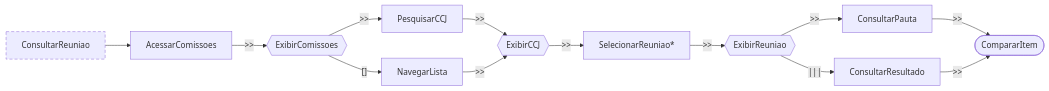
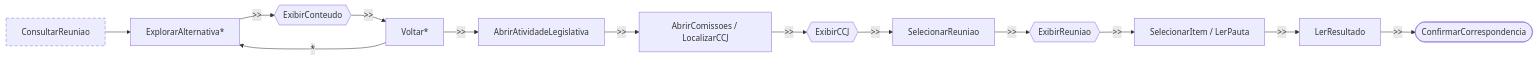
One commit to Interacao-Humano-Computador/2026.2-Grupo06 changed the second of 2 diagrams in docs/entrega-2/individual/luis/analise-tarefas.md. Above: the diagram before and after it, drawn with Mermaid. The commit also changed other lines of this file and 11 other files, not shown here.

````diff
--- a/docs/entrega-2/individual/luis/analise-tarefas.md
+++ b/docs/entrega-2/individual/luis/analise-tarefas.md
@@ -156,28 +167,29 @@
 ```mermaid
 flowchart LR
     T0["ConsultarReuniao"]
-    U1["AcessarComissoes"]
-    S1{{"ExibirComissoes"}}
-    U2["PesquisarCCJ"]
-    U3["NavegarLista"]
+    U1["ExplorarAlternativa*"]
+    S1{{"ExibirConteudo"}}
+    U2["Voltar*"]
+    U3["AbrirAtividadeLegislativa"]
+    U4["AbrirComissoes / LocalizarCCJ"]
     S2{{"ExibirCCJ"}}
-    U4["SelecionarReuniao*"]
+    U5["SelecionarReuniao"]
     S3{{"ExibirReuniao"}}
-    U5["ConsultarPauta"]
-    U6["ConsultarResultado"]
-    U7(["CompararItem"])
+    U6["SelecionarItem / LerPauta"]
+    U7["LerResultado"]
+    U8(["ConfirmarCorrespondencia"])
     T0 --> U1
     U1 -->|">>"| S1
     S1 -->|">>"| U2
-    S1 -->|"[]"| U3
-    U2 -->|">>"| S2
-    U3 -->|">>"| S2
-    S2 -->|">>"| U4
-    U4 -->|">>"| S3
-    S3 -->|">>"| U5
-    S3 -->|"|||"| U6
-    U5 -->|">>"| U7
+    U2 -->|"*"| U1
+    U2 -->|">>"| U3
+    U3 -->|">>"| U4
+    U4 -->|">>"| S2
+    S2 -->|">>"| U5
+    U5 -->|">>"| S3
+    S3 -->|">>"| U6
     U6 -->|">>"| U7
+    U7 -->|">>"| U8
     classDef abstrata stroke-dasharray: 6 4
     class T0 abstrata
 ```
````
